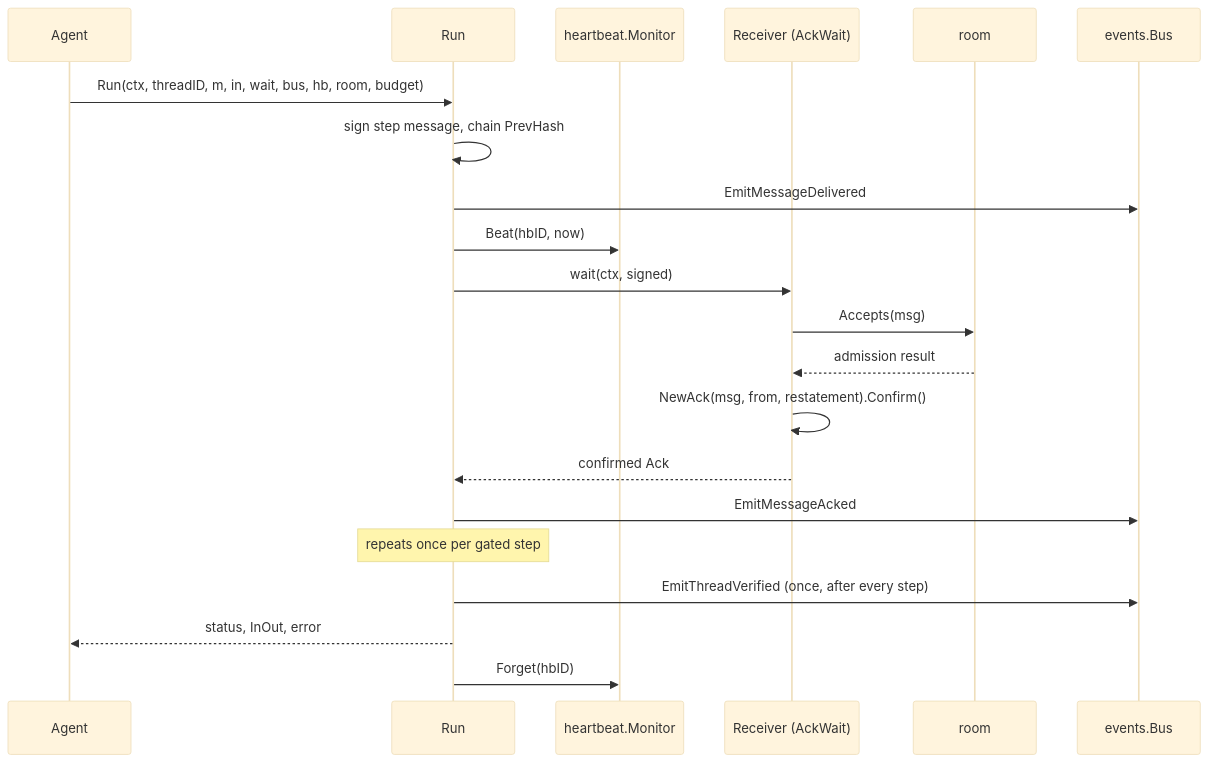
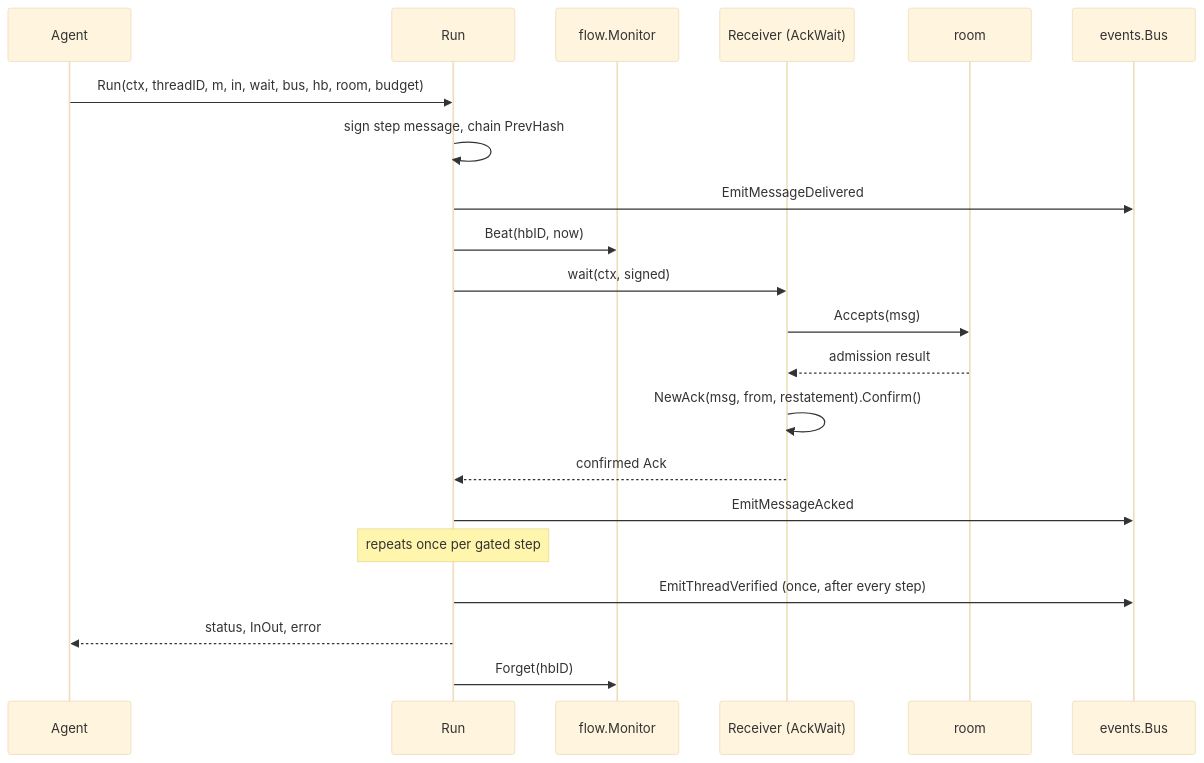
Before and after one commit to MiviaLabs/mivia-ai-sdk: the diagram in docs/examples/agent-dispatch.md, drawn with Mermaid (base theme). The commit also changed other lines of this file and 77 other files, not shown here.

First line of the commit message:
feat(flow): fold discovery and heartbeat into flow

````diff
--- a/docs/examples/agent-dispatch.md
+++ b/docs/examples/agent-dispatch.md
@@ -138,23 +136,23 @@
 ```mermaid
 sequenceDiagram
     participant Agent
     participant Run as Run
-    participant HB as heartbeat.Monitor
+    participant HB as flow.Monitor
     participant Receiver as Receiver (AckWait)
     participant Room as room
     participant Bus as events.Bus
     Agent->>Run: Run(ctx, threadID, m, in, wait, bus, hb, room, budget)
     Run->>Run: sign step message, chain PrevHash
     Run->>Bus: EmitMessageDelivered
     Run->>HB: Beat(hbID, now)
     Run->>Receiver: wait(ctx, signed)
     Receiver->>Room: Accepts(msg)
     Room-->>Receiver: admission result
     Receiver->>Receiver: NewAck(msg, from, restatement).Confirm()
     Receiver-->>Run: confirmed Ack
     Run->>Bus: EmitMessageAcked
     Note over Run: repeats once per gated step
     Run->>Bus: EmitThreadVerified (once, after every step)
     Run-->>Agent: status, InOut, error
     Run->>HB: Forget(hbID)
 ```
````
